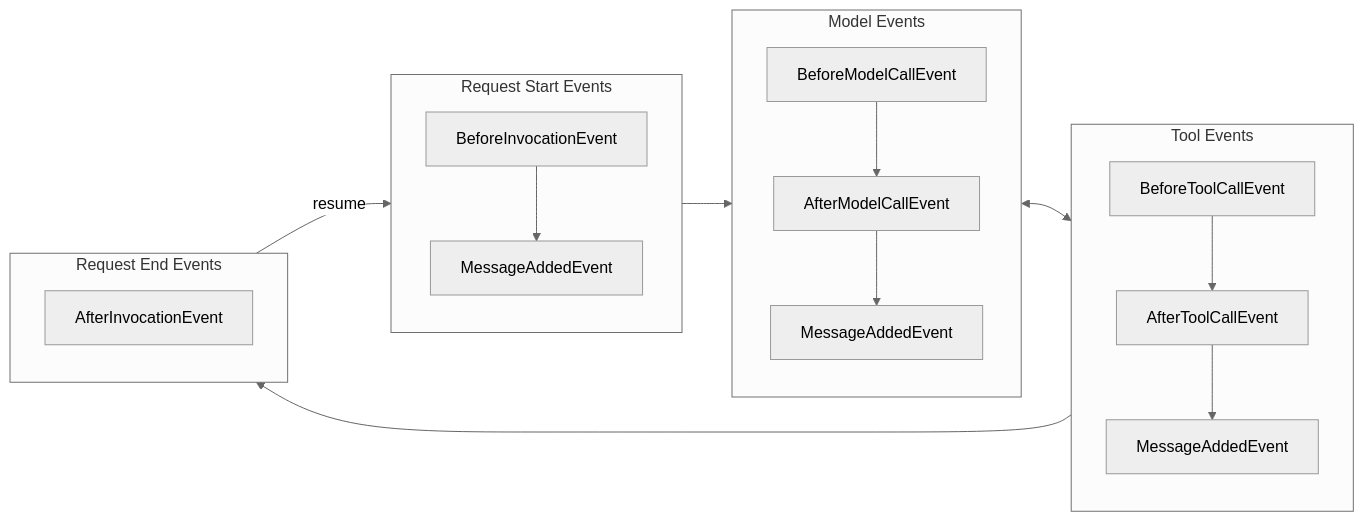
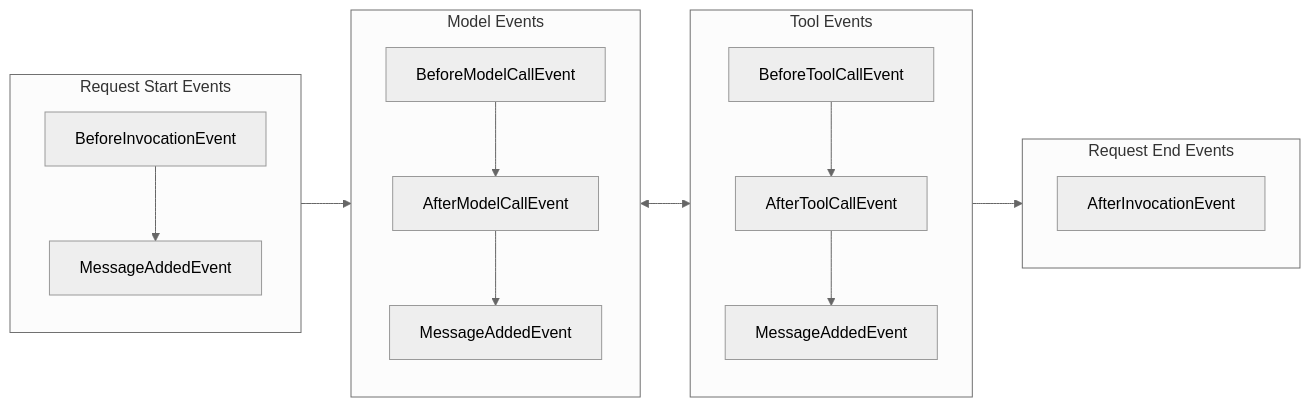
The first of 3 diagrams in src/content/docs/user-guide/concepts/agents/hooks.mdx (strands-agents/docs), drawn with Mermaid (neutral theme) before and after one commit. The commit also changed other lines of this file, not shown here.

````diff
--- a/src/content/docs/user-guide/concepts/agents/hooks.mdx
+++ b/src/content/docs/user-guide/concepts/agents/hooks.mdx
@@ -129,33 +129,32 @@
 ```mermaid
 flowchart LR
  subgraph Start["Request Start Events"]
     direction TB
         BeforeInvocationEvent["BeforeInvocationEvent"]
         StartMessage["MessageAddedEvent"]
         BeforeInvocationEvent --> StartMessage
   end
  subgraph Model["Model Events"]
     direction TB
         BeforeModelCallEvent["BeforeModelCallEvent"]
         AfterModelCallEvent["AfterModelCallEvent"]
         ModelMessage["MessageAddedEvent"]
         BeforeModelCallEvent --> AfterModelCallEvent
         AfterModelCallEvent --> ModelMessage
   end
   subgraph Tool["Tool Events"]
     direction TB
         BeforeToolCallEvent["BeforeToolCallEvent"]
         AfterToolCallEvent["AfterToolCallEvent"]
         ToolMessage["MessageAddedEvent"]
         BeforeToolCallEvent --> AfterToolCallEvent
         AfterToolCallEvent --> ToolMessage
   end
   subgraph End["Request End Events"]
     direction TB
         AfterInvocationEvent["AfterInvocationEvent"]
   end
 Start --> Model
 Model <--> Tool
 Tool --> End
-End -- "resume" --> Start
 ```
````
